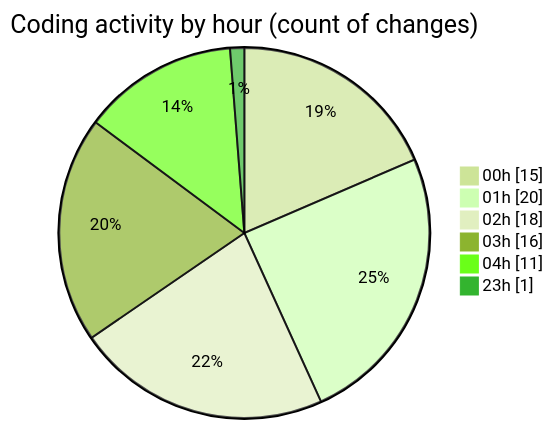
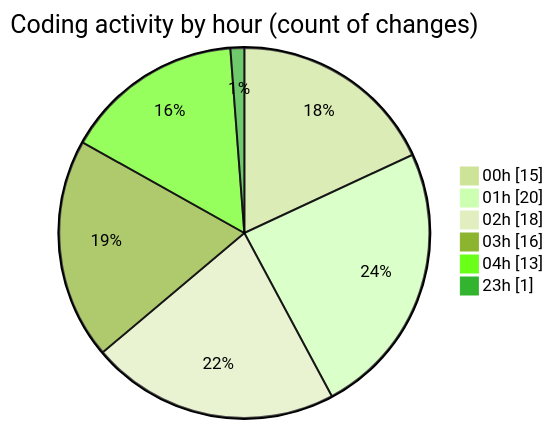
One commit to lephambinh05/code-tracking changed the second of 2 diagrams in 2025-08-04/studybuddy/README.md. Above: the diagram before and after it, drawn with Mermaid (forest theme). The commit also changed other lines of this file and 1 other file, not shown here.

````diff
--- a/2025-08-04/studybuddy/README.md
+++ b/2025-08-04/studybuddy/README.md
@@ -53,10 +55,10 @@
 ```mermaid
 pie showData
 title Coding activity by hour (count of changes)
 "00h" : 15
 "01h" : 20
 "02h" : 18
 "03h" : 16
-"04h" : 11
+"04h" : 13
 "23h" : 1
 ```
````
